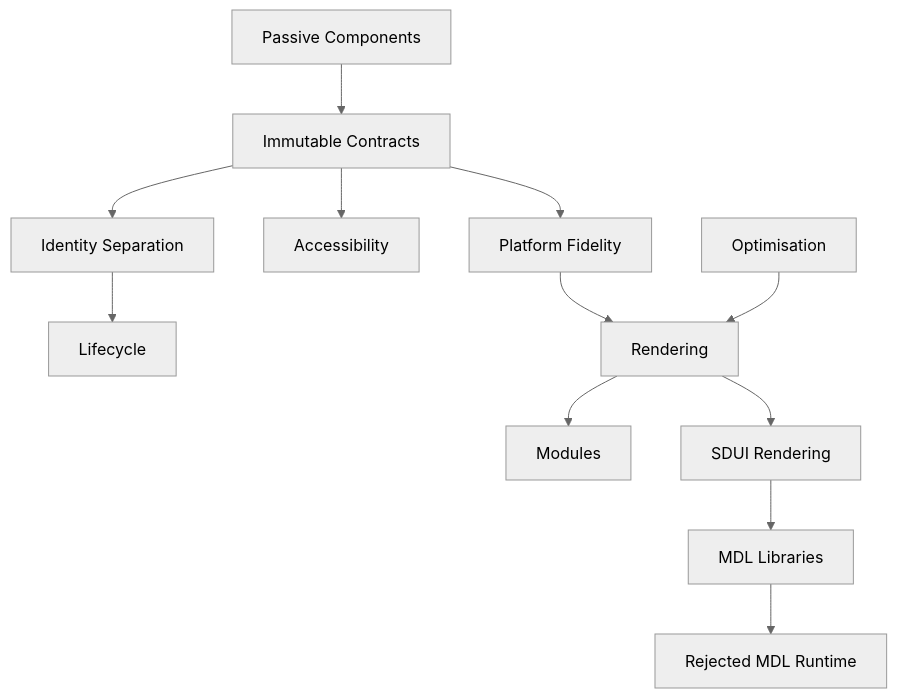
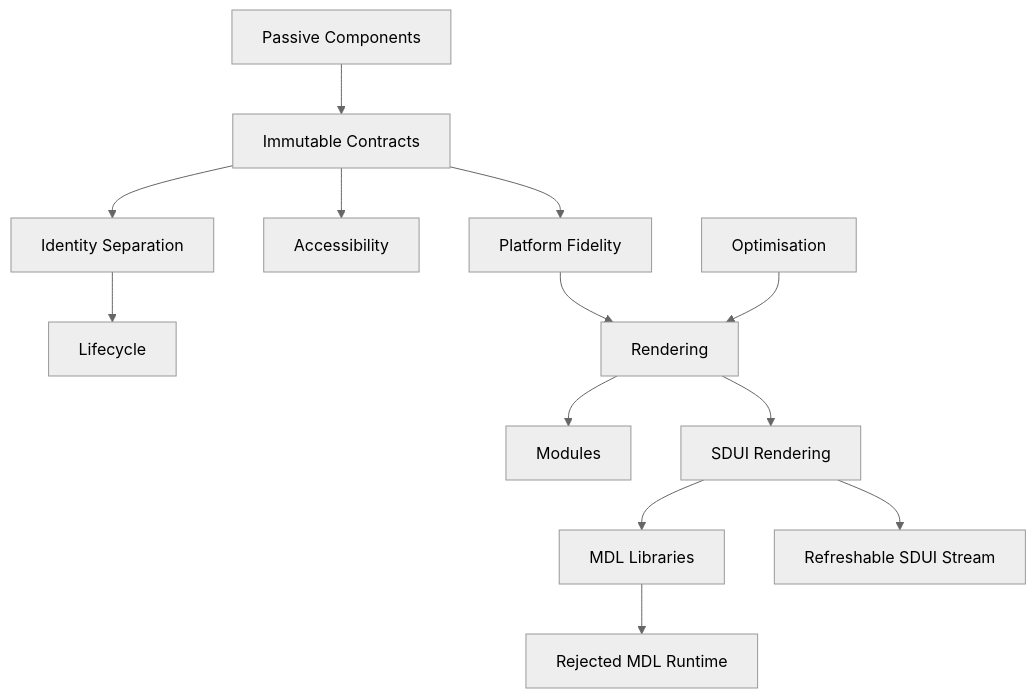
The second of 2 diagrams in docs/design/system/mds-008-component-library/12-adrs.md (mosaic-media/mosaic-architecture), drawn with Mermaid (neutral theme) before and after one commit. The commit also changed other lines of this file and 5 other files, not shown here.

Commit message:
docs(mds-008): define refreshable compiled SDUI

````diff
--- a/docs/design/system/mds-008-component-library/12-adrs.md
+++ b/docs/design/system/mds-008-component-library/12-adrs.md
@@ -452,39 +500,42 @@
 ```mermaid
 flowchart TD
 
 ADR182["Passive Components"]
 
 ADR183["Immutable Contracts"]
 
 ADR184["Identity Separation"]
 
 ADR185["Accessibility"]
 
 ADR186["Platform Fidelity"]
 
 ADR187["Optimisation"]
 
 ADR188["Lifecycle"]
 
 ADR189["Rendering"]
 
 ADR190["Modules"]
 
 ADR191["SDUI Rendering"]
 
 ADR192["MDL Libraries"]
 
 ADR193["Rejected MDL Runtime"]
 
+ADR194["Refreshable SDUI Stream"]
+
 ADR182 --> ADR183
 ADR183 --> ADR184
 ADR184 --> ADR188
 ADR183 --> ADR185
 ADR183 --> ADR186
 ADR186 --> ADR189
 ADR187 --> ADR189
 ADR189 --> ADR190
 ADR189 --> ADR191
 ADR191 --> ADR192
 ADR192 --> ADR193
+ADR191 --> ADR194
 ```
````
